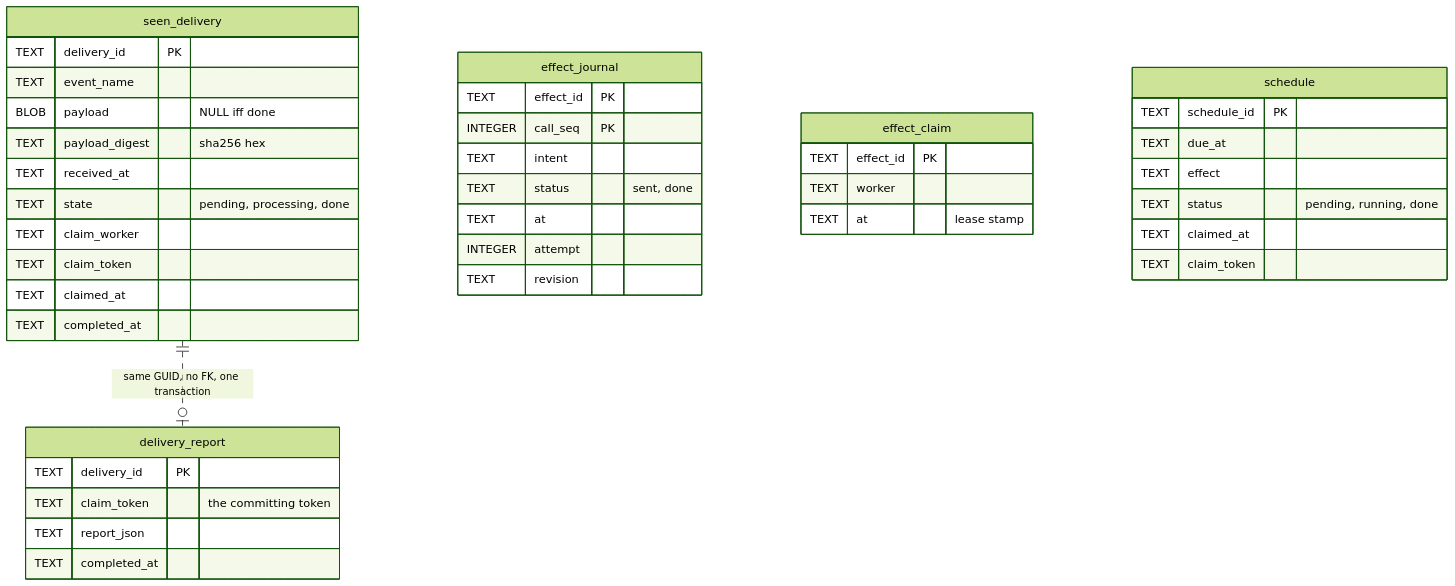
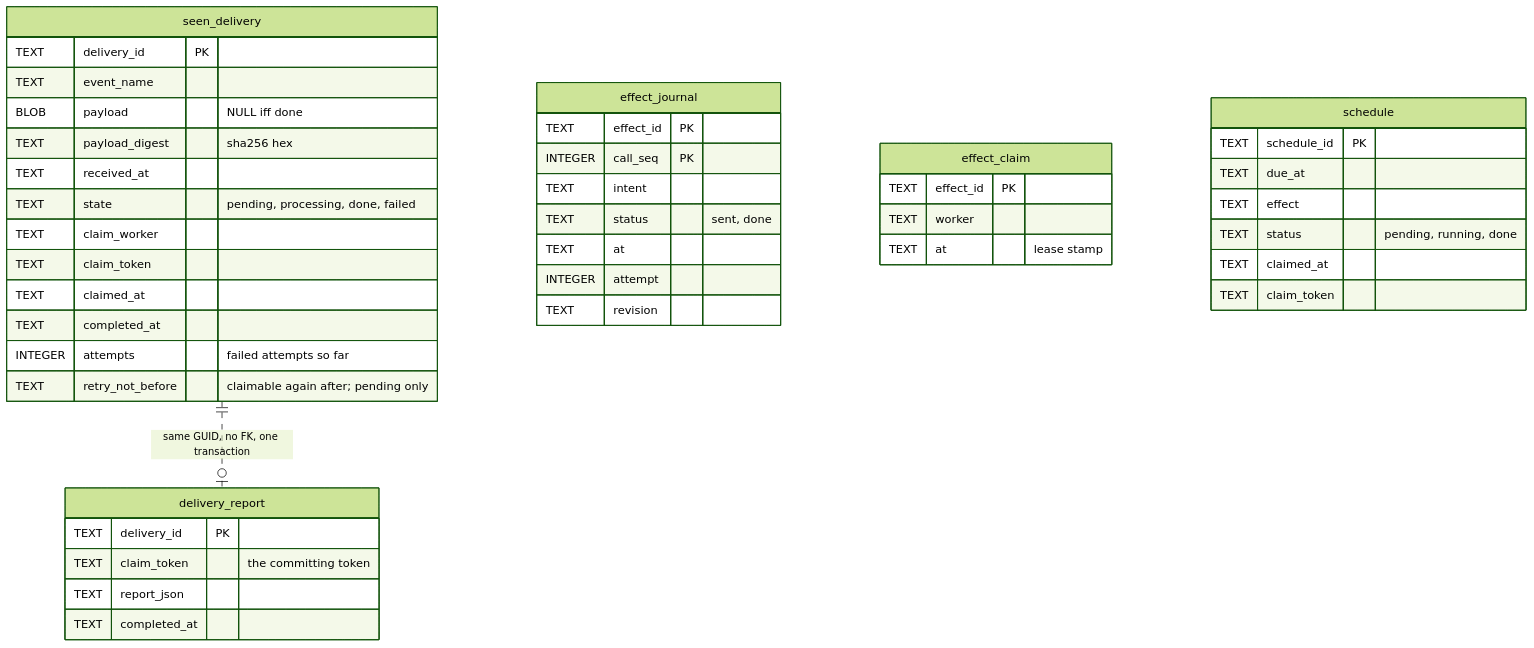
One commit to exploreriii/sdk-automations changed the seventh of 9 diagrams in design/architecture.md. Above: the diagram before and after it, drawn with Mermaid (forest theme). The commit also changed other lines of this file and 15 other files, not shown here.

````diff
--- a/design/architecture.md
+++ b/design/architecture.md
@@ -206,44 +206,46 @@
 ```mermaid
 erDiagram
     seen_delivery {
         TEXT delivery_id PK
         TEXT event_name
         BLOB payload "NULL iff done"
         TEXT payload_digest "sha256 hex"
         TEXT received_at
-        TEXT state "pending, processing, done"
+        TEXT state "pending, processing, done, failed"
         TEXT claim_worker
         TEXT claim_token
         TEXT claimed_at
         TEXT completed_at
+        INTEGER attempts "failed attempts so far"
+        TEXT retry_not_before "claimable again after; pending only"
     }
     delivery_report {
         TEXT delivery_id PK
         TEXT claim_token "the committing token"
         TEXT report_json
         TEXT completed_at
     }
     effect_journal {
         TEXT effect_id PK
         INTEGER call_seq PK
         TEXT intent
         TEXT status "sent, done"
         TEXT at
         INTEGER attempt
         TEXT revision
     }
     effect_claim {
         TEXT effect_id PK
         TEXT worker
         TEXT at "lease stamp"
     }
     schedule {
         TEXT schedule_id PK
         TEXT due_at
         TEXT effect
         TEXT status "pending, running, done"
         TEXT claimed_at
         TEXT claim_token
     }
     seen_delivery ||..o| delivery_report : "same GUID, no FK, one transaction"
 ```
````
